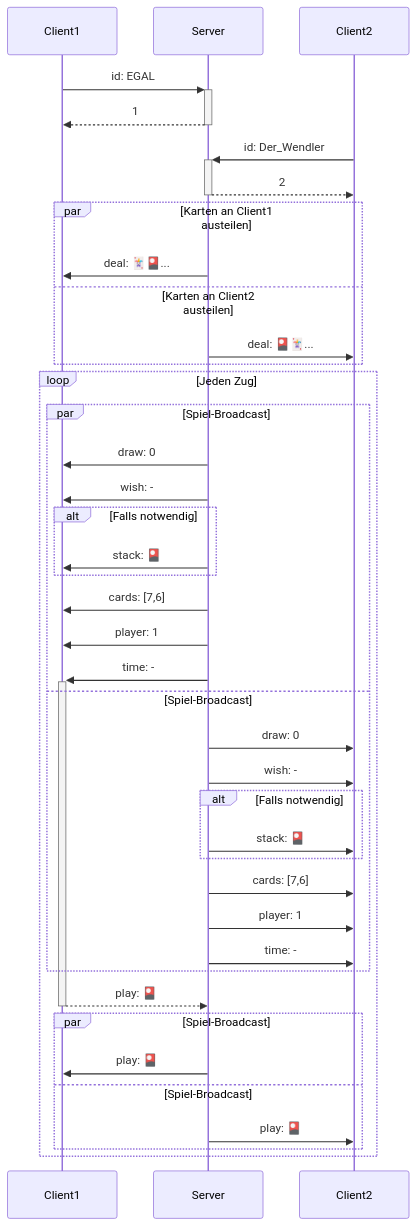
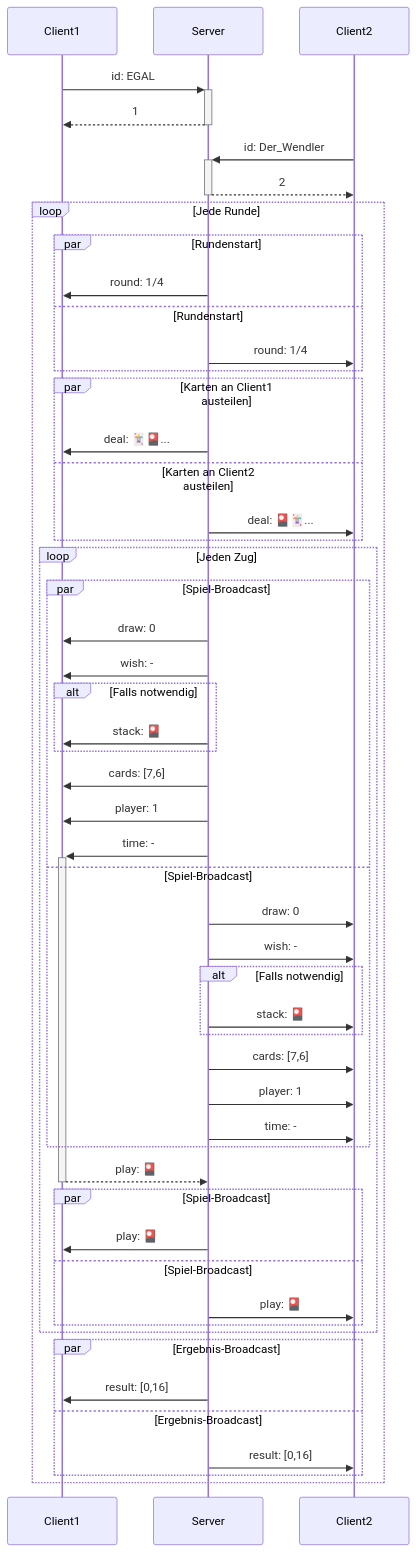
One commit to Severin-Nitsche/Cards changed the second of 2 diagrams in Readme.md. Above: the diagram before and after it, drawn with Mermaid. The commit also changed other lines of this file, not shown here.

Commit message:
doc: Expand the network protocol

````diff
--- a/Readme.md
+++ b/Readme.md
@@ -72,42 +72,54 @@
 ```mermaid
 sequenceDiagram
     participant c1 as Client1
     participant s as Server
     participant c2 as Client2
     c1->>+s: id: EGAL
     s-->>-c1: 1
     c2->>+s: id: Der_Wendler
     s-->>-c2: 2
-    par Karten an Client1 austeilen
-        s->>c1: deal: 🃏🎴...
-    and Karten an Client2 austeilen
-        s->>c2: deal: 🎴🃏...
-    end
-    loop Jeden Zug
-        par Spiel-Broadcast
-            s->>c1: draw: 0
-            s->>c1: wish: -
-            alt Falls notwendig
-                s->>c1: stack: 🎴
+    loop Jede Runde
+        par Rundenstart
+            s->>c1: round: 1/4
+        and Rundenstart
+            s->>c2: round: 1/4
+        end
+        par Karten an Client1 austeilen
+            s->>c1: deal: 🃏🎴...
+        and Karten an Client2 austeilen
+            s->>c2: deal: 🎴🃏...
+        end
+        loop Jeden Zug
+            par Spiel-Broadcast
+                s->>c1: draw: 0
+                s->>c1: wish: -
+                alt Falls notwendig
+                    s->>c1: stack: 🎴
+                end
+                s->>c1: cards: [7,6]
+                s->>c1: player: 1
+                s->>+c1: time: -
+            and Spiel-Broadcast
+                s->>c2: draw: 0
+                s->>c2: wish: -
+                alt Falls notwendig
+                    s->>c2: stack: 🎴
+                end
+                s->>c2: cards: [7,6]
+                s->>c2: player: 1
+                s->>c2: time: -
             end
-            s->>c1: cards: [7,6]
-            s->>c1: player: 1
-            s->>+c1: time: -
-        and Spiel-Broadcast
-            s->>c2: draw: 0
-            s->>c2: wish: -
-            alt Falls notwendig
-                s->>c2: stack: 🎴
+            c1-->>-s: play: 🎴
+            par Spiel-Broadcast
+                s->>c1: play: 🎴
+            and Spiel-Broadcast
+                s->>c2: play: 🎴
             end
-            s->>c2: cards: [7,6]
-            s->>c2: player: 1
-            s->>c2: time: -
         end
-        c1-->>-s: play: 🎴
-        par Spiel-Broadcast
-            s->>c1: play: 🎴
-        and Spiel-Broadcast
-            s->>c2: play: 🎴
+        par Ergebnis-Broadcast
+            s->>c1: result: [0,16] 
+        and Ergebnis-Broadcast
+            s->>c2: result: [0,16]
         end
     end
 ```
````
